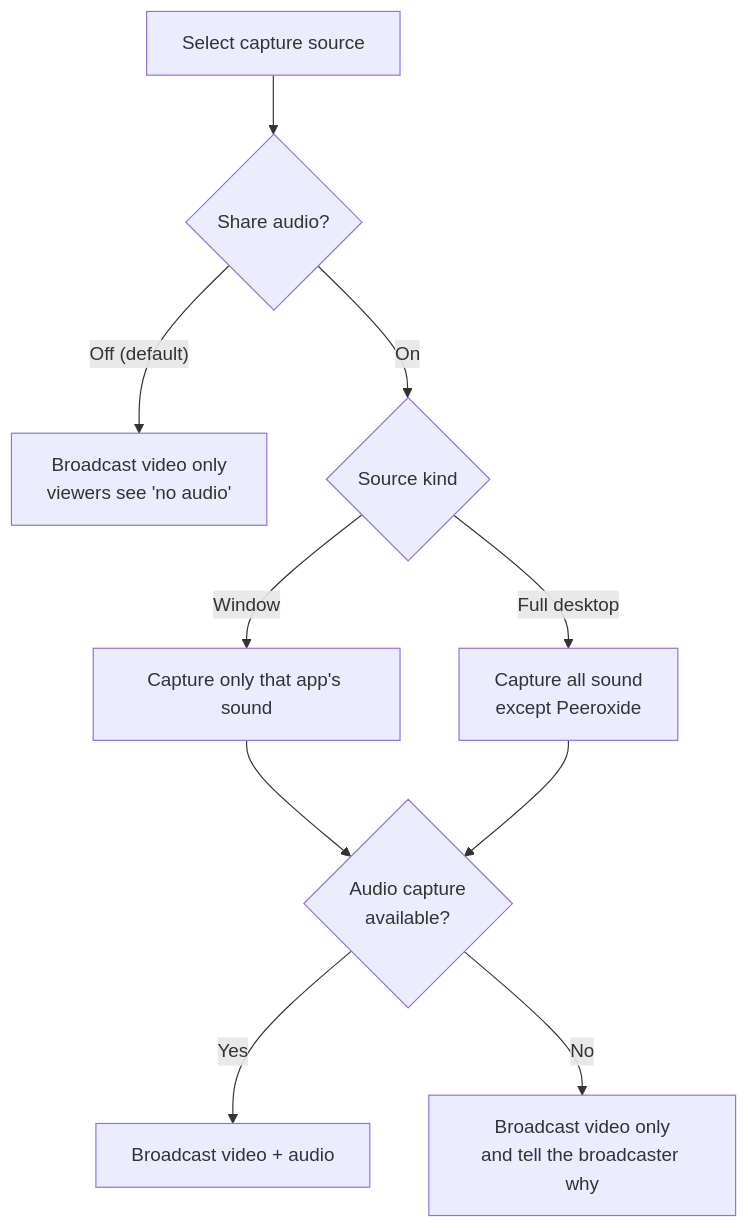
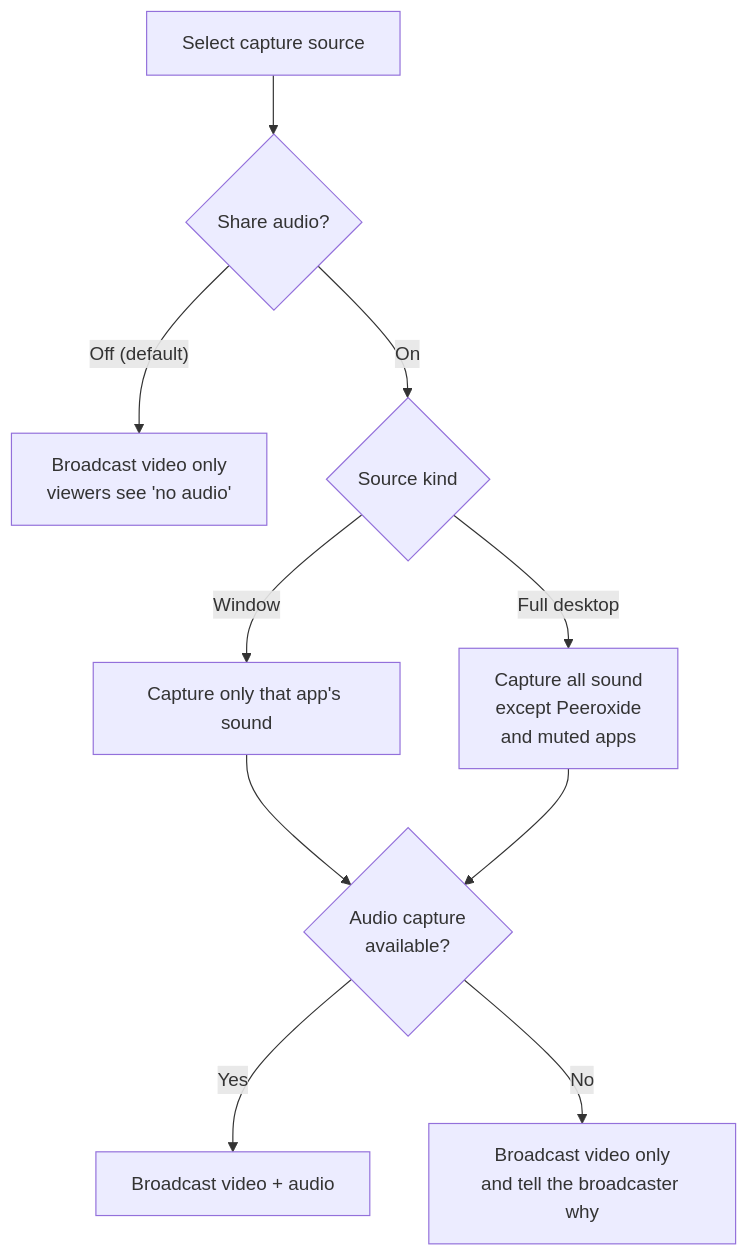
One commit to gventino/peeroxide changed the fifth of 6 diagrams in docs/use-cases.md. Above: the diagram before and after it, drawn with Mermaid. The commit also changed other lines of this file and 5 other files, not shown here.

First line of the commit message:
Docs: muting apps in a monitor's shared sound

````diff
--- a/docs/use-cases.md
+++ b/docs/use-cases.md
@@ -193,12 +197,12 @@
 ```mermaid
 flowchart TD
     S["Select capture source"] --> Q{"Share audio?"}
     Q -- "Off (default)" --> VO["Broadcast video only<br/>viewers see 'no audio'"]
     Q -- On --> K{"Source kind"}
     K -- Window --> W["Capture only that app's sound"]
-    K -- "Full desktop" --> D["Capture all sound<br/>except Peeroxide"]
+    K -- "Full desktop" --> D["Capture all sound<br/>except Peeroxide<br/>and muted apps"]
     W --> C{"Audio capture<br/>available?"}
     D --> C
     C -- Yes --> AV["Broadcast video + audio"]
     C -- No --> VO2["Broadcast video only<br/>and tell the broadcaster why"]
 ```
````
